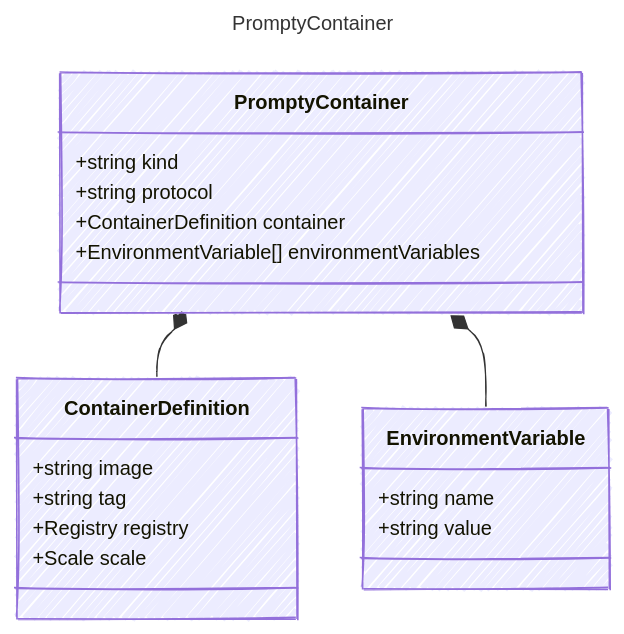
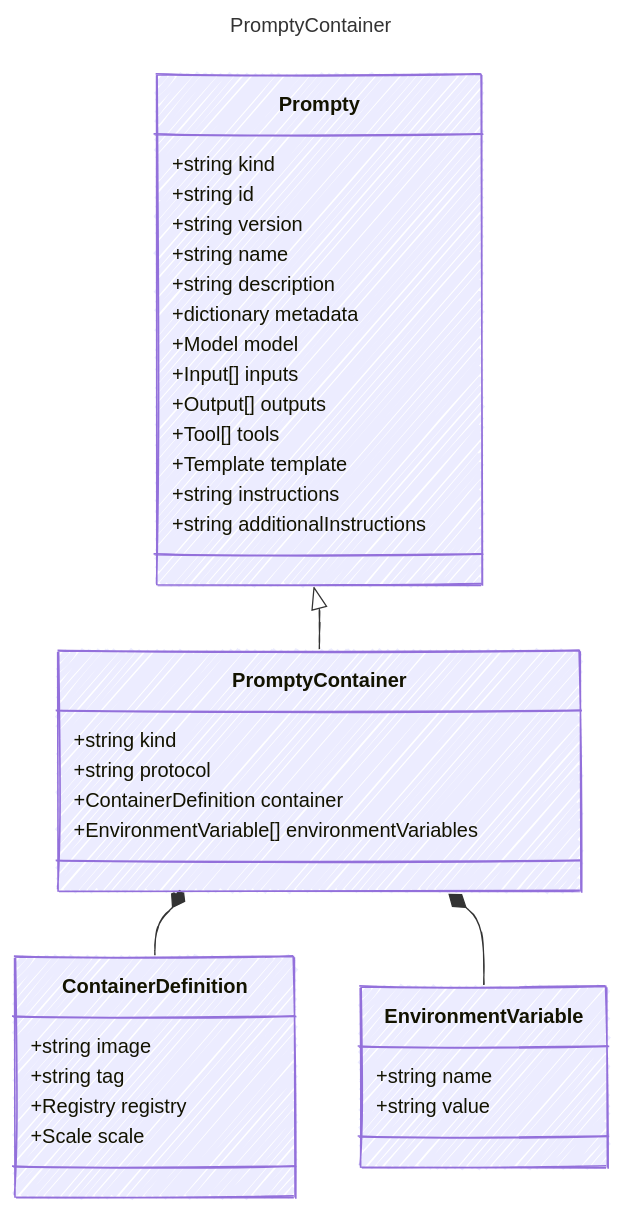
The diagram in specification/prompty/docs/PromptyContainer.md (microsoft/prompty), drawn with Mermaid before and after one commit. The commit also changed 24 other files, not shown here.

````diff
--- a/specification/prompty/docs/PromptyContainer.md
+++ b/specification/prompty/docs/PromptyContainer.md
@@ -13,30 +13,46 @@
 ```mermaid
 ---
 title: PromptyContainer
 config:
   look: handDrawn
   theme: colorful
   class:
     hideEmptyMembersBox: true
 ---
 classDiagram
+    class Prompty {
+        +string kind
+        +string id
+        +string version
+        +string name
+        +string description
+        +dictionary metadata
+        +Model model
+        +Input[] inputs
+        +Output[] outputs
+        +Tool[] tools
+        +Template template
+        +string instructions
+        +string additionalInstructions
+    }
+    Prompty <|-- PromptyContainer
     class PromptyContainer {
       
         +string kind
         +string protocol
         +ContainerDefinition container
         +EnvironmentVariable[] environmentVariables
     }
     class ContainerDefinition {
         +string image
         +string tag
         +Registry registry
         +Scale scale
     }
     PromptyContainer *-- ContainerDefinition
     class EnvironmentVariable {
         +string name
         +string value
     }
     PromptyContainer *-- EnvironmentVariable
 ```
````
